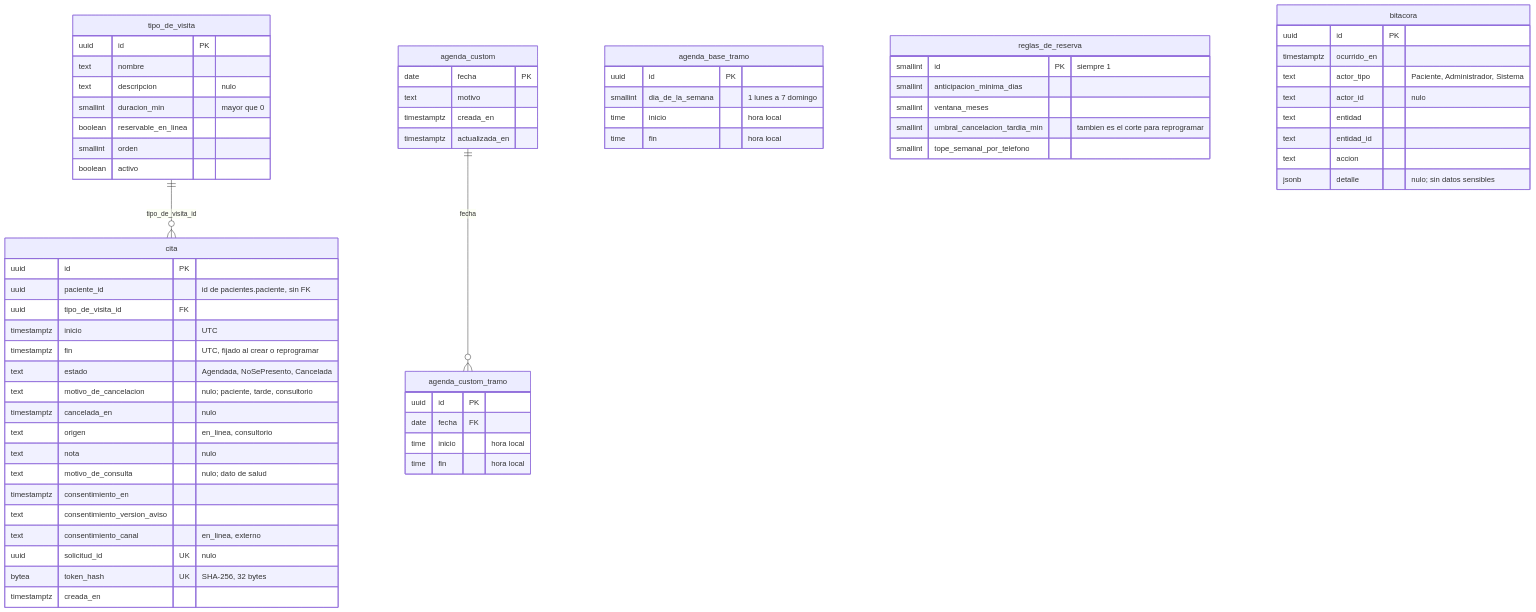
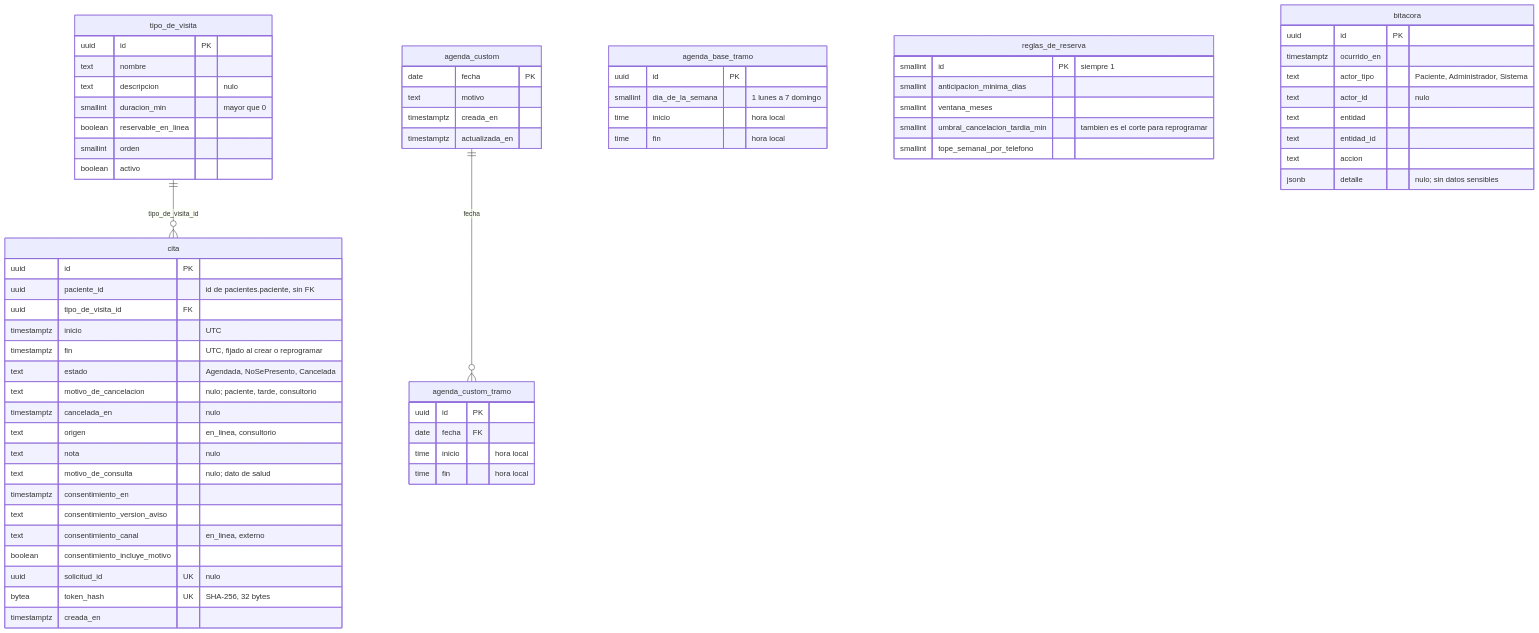
Before and after one commit to yerald231ger/draselina-consultorio: the fifth of 8 diagrams in _bmad-output/initiative-draselina/architecture-appointment-booking/ddd-and-data-model-appointment-booking.md, drawn with Mermaid. The commit also changed other lines of this file and 42 other files, not shown here.

First line of the commit message:
feat: aviso de privacidad integral y consentimiento aparte para el motivo

````diff
--- a/_bmad-output/initiative-draselina/architecture-appointment-booking/ddd-and-data-model-appointment-booking.md
+++ b/_bmad-output/initiative-draselina/architecture-appointment-booking/ddd-and-data-model-appointment-booking.md
@@ -709,69 +709,70 @@
 ```mermaid
 erDiagram
     tipo_de_visita ||--o{ cita : "tipo_de_visita_id"
     agenda_custom ||--o{ agenda_custom_tramo : "fecha"
 
     cita {
         uuid id PK
         uuid paciente_id "id de pacientes.paciente, sin FK"
         uuid tipo_de_visita_id FK
         timestamptz inicio "UTC"
         timestamptz fin "UTC, fijado al crear o reprogramar"
         text estado "Agendada, NoSePresento, Cancelada"
         text motivo_de_cancelacion "nulo; paciente, tarde, consultorio"
         timestamptz cancelada_en "nulo"
         text origen "en_linea, consultorio"
         text nota "nulo"
         text motivo_de_consulta "nulo; dato de salud"
         timestamptz consentimiento_en
         text consentimiento_version_aviso
         text consentimiento_canal "en_linea, externo"
+        boolean consentimiento_incluye_motivo
         uuid solicitud_id UK "nulo"
         bytea token_hash UK "SHA-256, 32 bytes"
         timestamptz creada_en
     }
     tipo_de_visita {
         uuid id PK
         text nombre
         text descripcion "nulo"
         smallint duracion_min "mayor que 0"
         boolean reservable_en_linea
         smallint orden
         boolean activo
     }
     agenda_base_tramo {
         uuid id PK
         smallint dia_de_la_semana "1 lunes a 7 domingo"
         time inicio "hora local"
         time fin "hora local"
     }
     agenda_custom {
         date fecha PK
         text motivo
         timestamptz creada_en
         timestamptz actualizada_en
     }
     agenda_custom_tramo {
         uuid id PK
         date fecha FK
         time inicio "hora local"
         time fin "hora local"
     }
     reglas_de_reserva {
         smallint id PK "siempre 1"
         smallint anticipacion_minima_dias
         smallint ventana_meses
         smallint umbral_cancelacion_tardia_min "tambien es el corte para reprogramar"
         smallint tope_semanal_por_telefono
     }
     bitacora {
         uuid id PK
         timestamptz ocurrido_en
         text actor_tipo "Paciente, Administrador, Sistema"
         text actor_id "nulo"
         text entidad
         text entidad_id
         text accion
         jsonb detalle "nulo; sin datos sensibles"
     }
 ```
````
